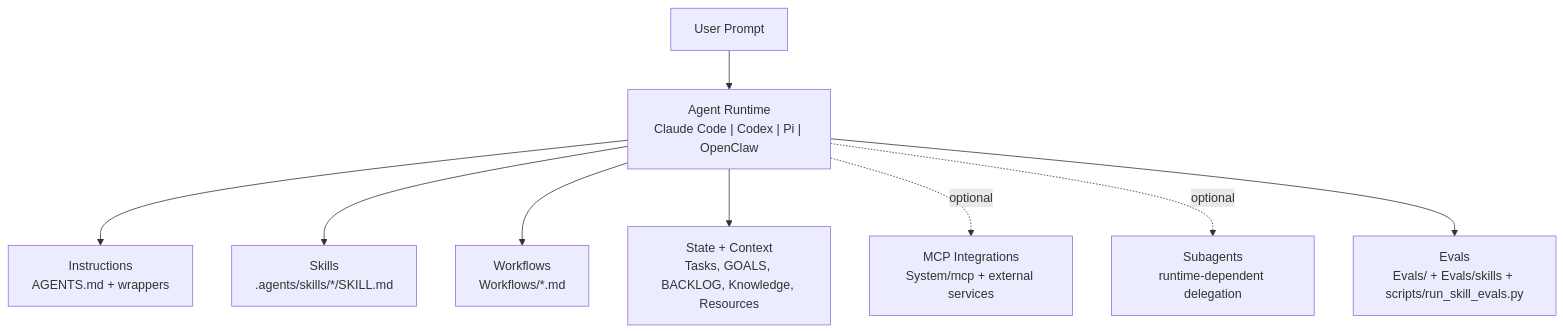
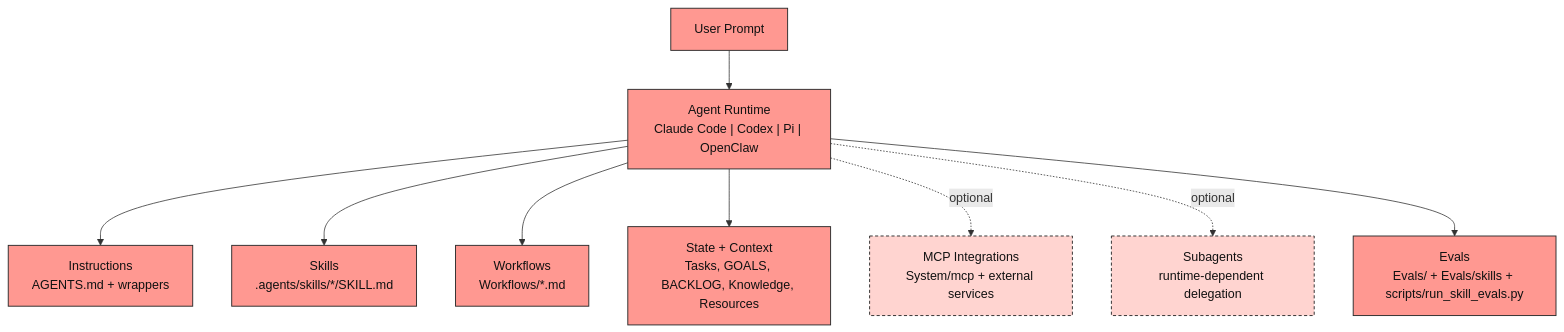
The diagram in README.md (itseffi/personal-os), drawn with Mermaid before and after one commit.

````diff
--- a/README.md
+++ b/README.md
@@ -66,11 +66,16 @@
 ```mermaid
 flowchart TD
     U["User Prompt"] --> A["Agent Runtime<br/>Claude Code | Codex | Pi | OpenClaw"]
     A --> I["Instructions<br/>AGENTS.md + wrappers"]
     A --> S["Skills<br/>.agents/skills/*/SKILL.md"]
     A --> W["Workflows<br/>Workflows/*.md"]
     A --> F["State + Context<br/>Tasks, GOALS, BACKLOG, Knowledge, Resources"]
     A -. optional .-> M["MCP Integrations<br/>System/mcp + external services"]
     A -. optional .-> D["Subagents<br/>runtime-dependent delegation"]
     A --> E["Evals<br/>Evals/ + Evals/skills + scripts/run_skill_evals.py"]
+
+    classDef core fill:#ff9891,stroke:#2b2b2b,color:#111111,stroke-width:1.2px;
+    classDef optional fill:#ffd4d0,stroke:#2b2b2b,color:#111111,stroke-width:1.2px,stroke-dasharray: 4 3;
+    class U,A,I,S,W,F,E core;
+    class M,D optional;
 ```
````
